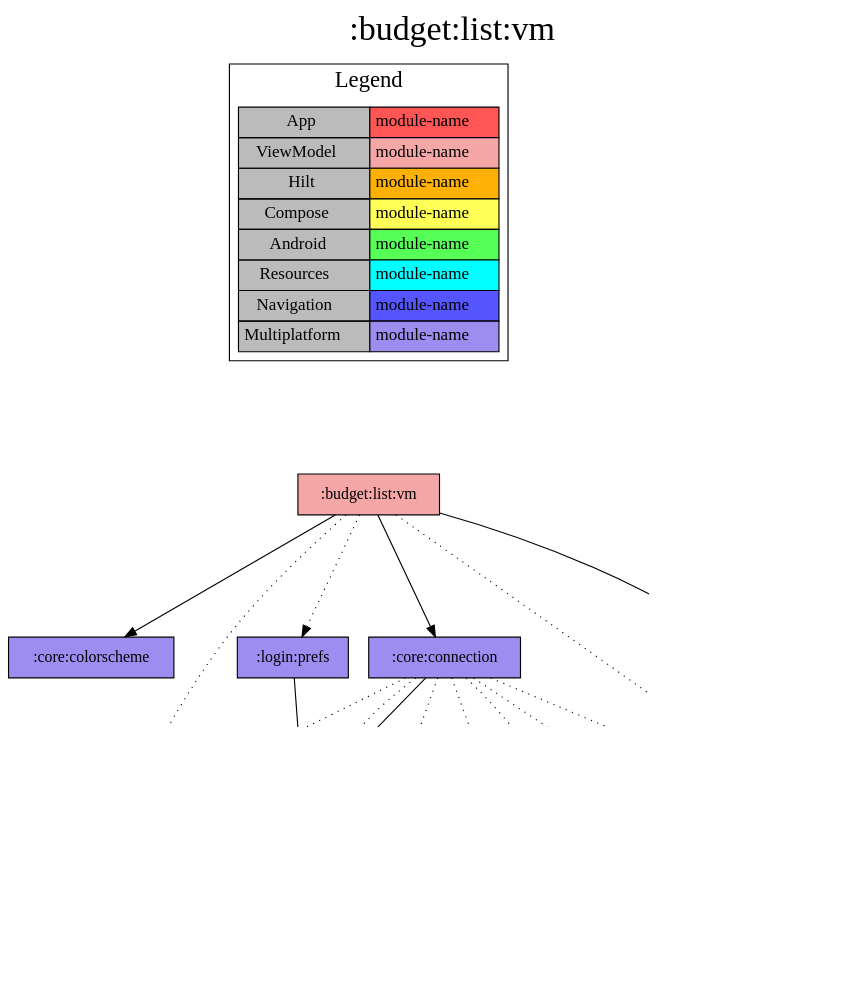
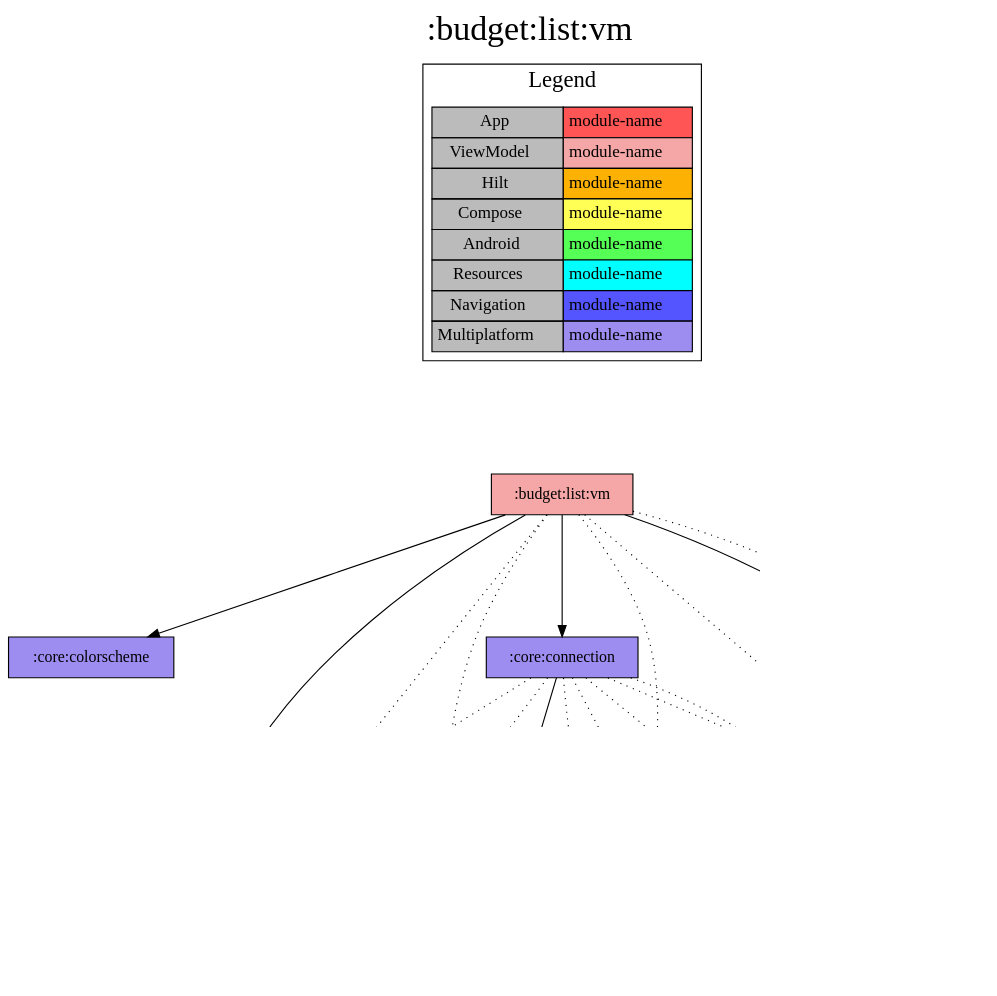
Before and after one commit to jonapoul/aktual: the diagram in modules/budget/list/vm/project-dependency-graph.dot, drawn with Graphviz. The commit also changed 41 other files, not shown here.

```diff
--- a/modules/budget/list/vm/project-dependency-graph.dot
+++ b/modules/budget/list/vm/project-dependency-graph.dot
@@ -1,59 +1,60 @@
 digraph {
 edge ["dir"="forward"]
 graph ["dpi"="100","label"=":budget:list:vm","labelloc"="t","fontsize"="30","ranksep"="1.5","rankdir"="TB"]
 node ["style"="filled"]
 ":budget:list:vm" ["fillcolor"="#F5A6A6","shape"="box"]
 ":core:colorscheme" ["fillcolor"="#9D8DF1","shape"="box"]
 ":core:connection" ["fillcolor"="#9D8DF1","shape"="box"]
 ":core:buildconfig" ["fillcolor"="#9D8DF1","shape"="box"]
 ":api:actual" ["fillcolor"="#9D8DF1","shape"="box"]
 ":login:model" ["fillcolor"="#9D8DF1","shape"="box"]
 ":url:model" ["fillcolor"="#9D8DF1","shape"="box"]
 ":api:core" ["fillcolor"="#9D8DF1","shape"="box"]
 ":core:log" ["fillcolor"="#9D8DF1","shape"="box"]
 ":core:coroutines" ["fillcolor"="#9D8DF1","shape"="box"]
 ":core:versions" ["fillcolor"="#9D8DF1","shape"="box"]
 ":url:prefs" ["fillcolor"="#9D8DF1","shape"="box"]
-":login:prefs" ["fillcolor"="#9D8DF1","shape"="box"]
 {
 edge ["dir"="none"]
 graph ["rank"="same"]
 }
 ":budget:list:vm" -> ":core:colorscheme"
 ":budget:list:vm" -> ":core:connection"
+":budget:list:vm" -> ":login:model"
 ":budget:list:vm" -> ":url:model"
+":budget:list:vm" -> ":api:actual" ["style"="dotted"]
+":budget:list:vm" -> ":core:coroutines" ["style"="dotted"]
+":budget:list:vm" -> ":core:log" ["style"="dotted"]
 ":budget:list:vm" -> ":core:versions" ["style"="dotted"]
-":budget:list:vm" -> ":login:prefs" ["style"="dotted"]
 ":budget:list:vm" -> ":url:prefs" ["style"="dotted"]
 ":core:connection" -> ":core:buildconfig"
 ":core:connection" -> ":api:actual" ["style"="dotted"]
 ":core:connection" -> ":api:core" ["style"="dotted"]
 ":core:connection" -> ":core:coroutines" ["style"="dotted"]
 ":core:connection" -> ":core:log" ["style"="dotted"]
 ":core:connection" -> ":core:versions" ["style"="dotted"]
 ":core:connection" -> ":url:model" ["style"="dotted"]
 ":core:connection" -> ":url:prefs" ["style"="dotted"]
 ":api:actual" -> ":login:model"
 ":api:actual" -> ":url:model"
 ":api:core" -> ":core:log"
 ":api:core" -> ":url:model"
 ":core:versions" -> ":core:buildconfig"
 ":url:prefs" -> ":url:model"
-":login:prefs" -> ":login:model"
 subgraph "cluster_legend" {
 edge ["dir"="none"]
 graph ["label"="Legend","fontsize"="20"]
 "Legend" ["style"="filled","fillcolor"="#bbbbbb","shape"="none","margin"="0","fontsize"="15","label"=<
 <TABLE BORDER="0" CELLBORDER="1" CELLSPACING="0" CELLPADDING="4">
 <TR><TD>App</TD><TD BGCOLOR="#FF5555">module-name</TD></TR>
 <TR><TD>ViewModel</TD><TD BGCOLOR="#F5A6A6">module-name</TD></TR>
 <TR><TD>Hilt</TD><TD BGCOLOR="#FCB103">module-name</TD></TR>
 <TR><TD>Compose</TD><TD BGCOLOR="#FFFF55">module-name</TD></TR>
 <TR><TD>Android</TD><TD BGCOLOR="#55FF55">module-name</TD></TR>
 <TR><TD>Resources</TD><TD BGCOLOR="#00FFFF">module-name</TD></TR>
 <TR><TD>Navigation</TD><TD BGCOLOR="#5555FF">module-name</TD></TR>
 <TR><TD>Multiplatform</TD><TD BGCOLOR="#9D8DF1">module-name</TD></TR>
 </TABLE>
 >]
 } -> ":budget:list:vm" ["style"="invis"]
 }
```
